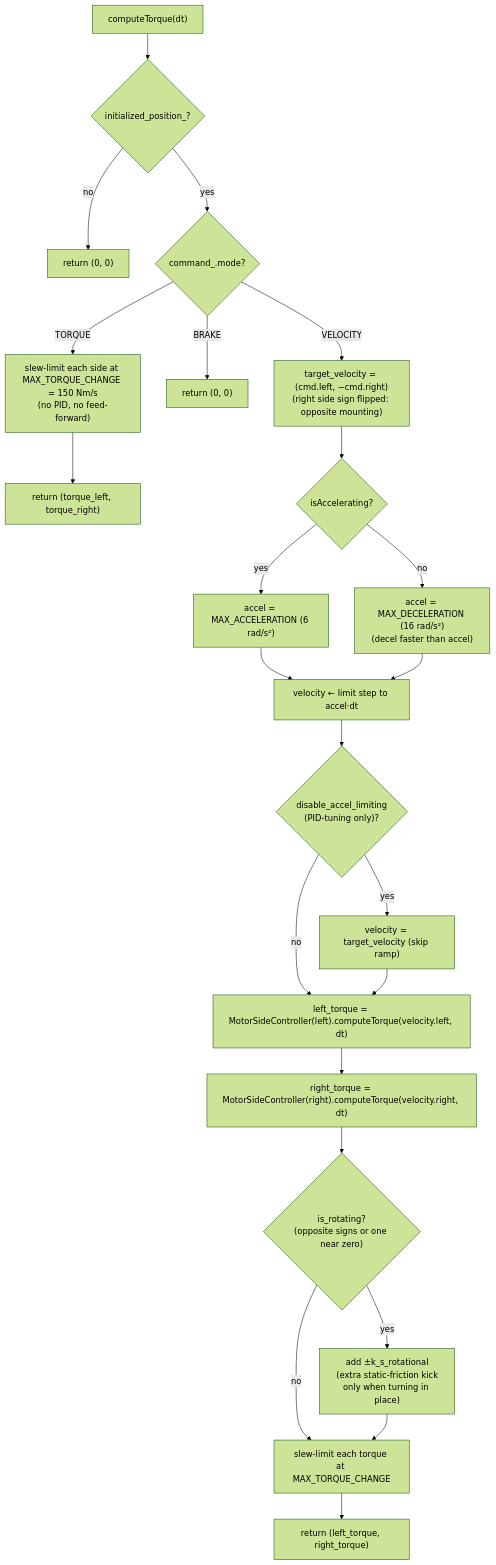
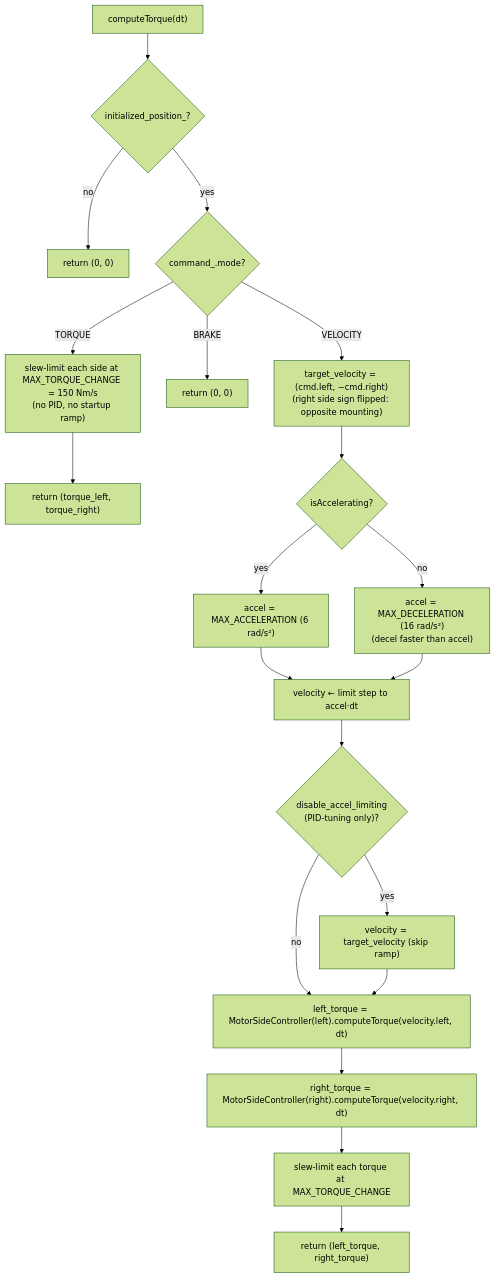
Before and after one commit to nemosum0/athena_motor_driver: the sixth of 9 diagrams in athena_motor_driver/docs/control_architecture.md, drawn with Mermaid (forest theme). The commit also changed other lines of this file and 13 other files, not shown here.

````diff
--- a/athena_motor_driver/docs/control_architecture.md
+++ b/athena_motor_driver/docs/control_architecture.md
@@ -238,27 +238,24 @@
 ```mermaid
 flowchart TD
     A["computeTorque(dt)"] --> Z{"initialized_position_?"}
     Z -->|no| ZX["return (0, 0)"]
     Z -->|yes| B{"command_.mode?"}
-    B -->|TORQUE| BT["slew-limit each side at MAX_TORQUE_CHANGE = 150 Nm/s<br/>(no PID, no feed-forward)"]
+    B -->|TORQUE| BT["slew-limit each side at MAX_TORQUE_CHANGE = 150 Nm/s<br/>(no PID, no startup ramp)"]
     BT --> BTX["return (torque_left, torque_right)"]
     B -->|BRAKE| BB["return (0, 0)"]
     B -->|VELOCITY| C["target_velocity = (cmd.left, −cmd.right)<br/>(right side sign flipped: opposite mounting)"]
     C --> D{"isAccelerating?"}
     D -->|yes| E["accel = MAX_ACCELERATION (6 rad/s²)"]
     D -->|no| F["accel = MAX_DECELERATION (16 rad/s²)<br/>(decel faster than accel)"]
     E --> G["velocity ← limit step to accel·dt"]
     F --> G
     G --> H{"disable_accel_limiting<br/>(PID-tuning only)?"}
     I["left_torque = MotorSideController(left).computeTorque(velocity.left, dt)"]
     H -->|yes| HX["velocity = target_velocity (skip ramp)"]
     H -->|no| I
     HX --> I
     I --> J["right_torque = MotorSideController(right).computeTorque(velocity.right, dt)"]
-    J --> K{"is_rotating?<br/>(opposite signs or one near zero)"}
     N["slew-limit each torque at MAX_TORQUE_CHANGE"]
-    K -->|yes| L["add ±k_s_rotational<br/>(extra static-friction kick<br/>only when turning in place)"]
-    K -->|no| N
-    L --> N
+    J --> N
     N --> O["return (left_torque, right_torque)"]
 ```
````
